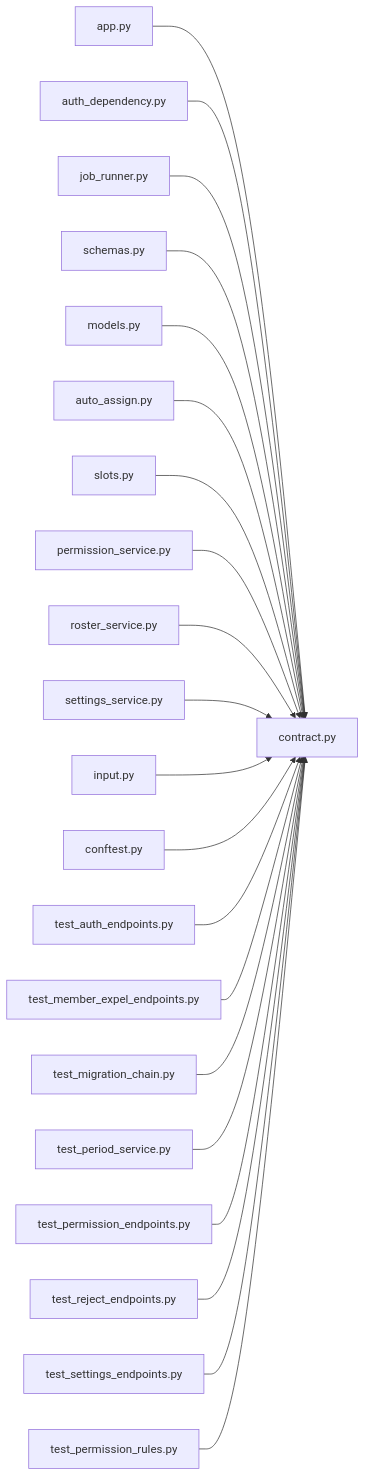
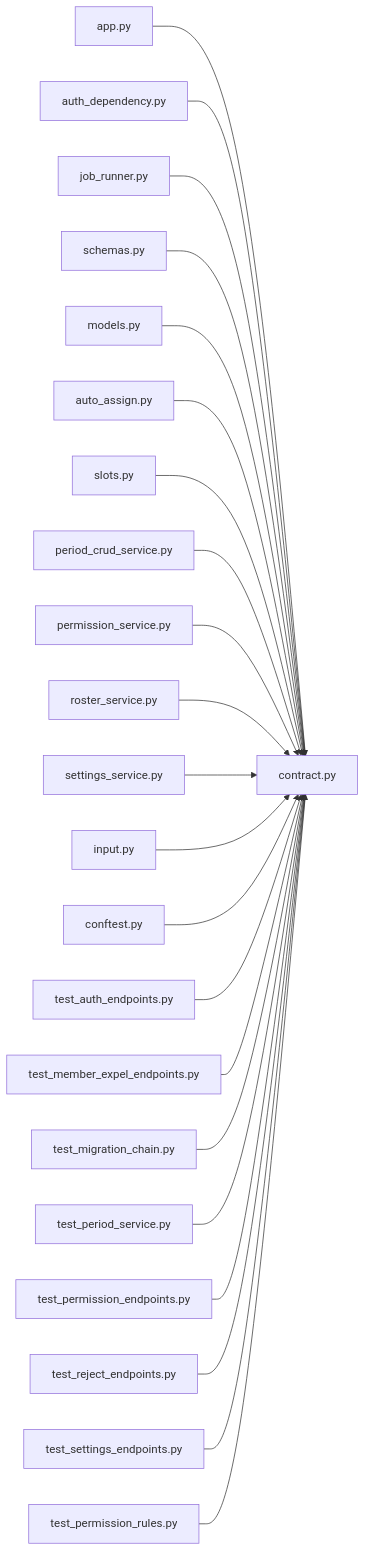
One commit to minkong-dev/Banblit changed the diagram in .cluedoc/graph/backend/src/backend/contract.md. Above: the diagram before and after it, drawn with Mermaid. The commit also changed other lines of this file and 31 other files, not shown here.

First line of the commit message:
backend: move daily max and max consecutive hours to each period

````diff
--- a/.cluedoc/graph/backend/src/backend/contract.md
+++ b/.cluedoc/graph/backend/src/backend/contract.md
@@ -10,24 +10,25 @@
 ```mermaid
 flowchart LR
   backend_src_backend_contract["contract.py"]
   backend_src_backend_api_app["app.py"] --> backend_src_backend_contract
   backend_src_backend_api_auth_dependency["auth_dependency.py"] --> backend_src_backend_contract
   backend_src_backend_api_job_runner["job_runner.py"] --> backend_src_backend_contract
   backend_src_backend_api_schemas["schemas.py"] --> backend_src_backend_contract
   backend_src_backend_db_models["models.py"] --> backend_src_backend_contract
   backend_src_backend_jobs_auto_assign["auto_assign.py"] --> backend_src_backend_contract
   backend_src_backend_scheduling_slots["slots.py"] --> backend_src_backend_contract
+  backend_src_backend_services_period_period_crud_service["period_crud_service.py"] --> backend_src_backend_contract
   backend_src_backend_services_permission_permission_service["permission_service.py"] --> backend_src_backend_contract
   backend_src_backend_services_roster_roster_service["roster_service.py"] --> backend_src_backend_contract
   backend_src_backend_services_settings_settings_service["settings_service.py"] --> backend_src_backend_contract
   backend_src_backend_services_validation_input["input.py"] --> backend_src_backend_contract
   backend_tests_conftest["conftest.py"] --> backend_src_backend_contract
   backend_tests_integration_db_test_auth_endpoints["test_auth_endpoints.py"] --> backend_src_backend_contract
   backend_tests_integration_db_test_member_expel_endpoints["test_member_expel_endpoints.py"] --> backend_src_backend_contract
   backend_tests_integration_db_test_migration_chain["test_migration_chain.py"] --> backend_src_backend_contract
   backend_tests_integration_db_test_period_service["test_period_service.py"] --> backend_src_backend_contract
   backend_tests_integration_db_test_permission_endpoints["test_permission_endpoints.py"] --> backend_src_backend_contract
   backend_tests_integration_db_test_reject_endpoints["test_reject_endpoints.py"] --> backend_src_backend_contract
   backend_tests_integration_db_test_settings_endpoints["test_settings_endpoints.py"] --> backend_src_backend_contract
   backend_tests_unit_test_permission_rules["test_permission_rules.py"] --> backend_src_backend_contract
 ```
````
